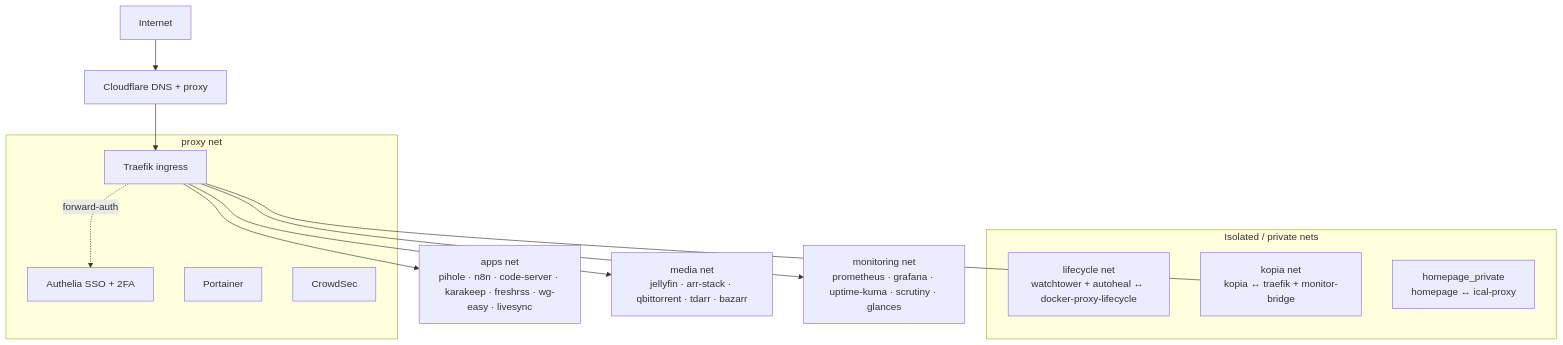
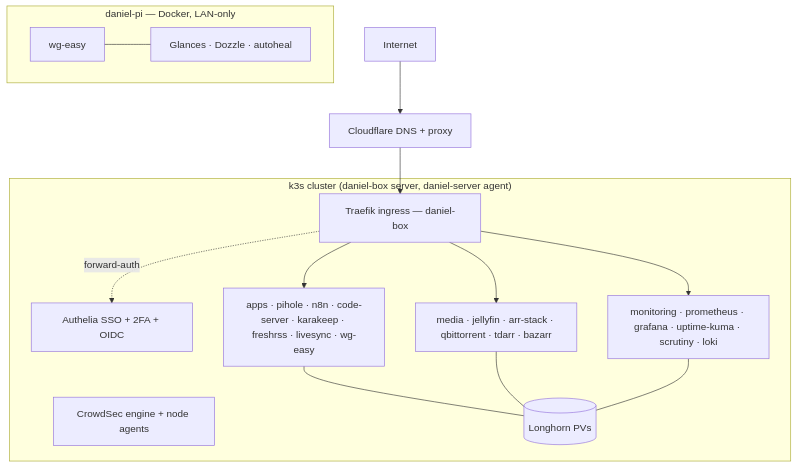
One commit to DanielH2018/server changed the diagram in README.md. Above: the diagram before and after it, drawn with Mermaid. The commit also changed other lines of this file and 15 other files, not shown here.

````diff
--- a/README.md
+++ b/README.md
@@ -48,24 +63,27 @@
 ```mermaid
 flowchart TD
     net[Internet] --> cf[Cloudflare DNS + proxy]
-    cf --> traefik[Traefik ingress]
-    traefik -. forward-auth .-> authelia[Authelia SSO + 2FA]
+    cf --> traefik[Traefik ingress — daniel-box]
+    traefik -. forward-auth .-> authelia[Authelia SSO + 2FA + OIDC]
 
-    subgraph proxy[proxy net]
+    subgraph cluster["k3s cluster (daniel-box server, daniel-server agent)"]
       traefik
       authelia
-      portainer[Portainer]
-      crowdsec[CrowdSec]
+      crowdsec[CrowdSec engine + node agents]
+      apps["apps · pihole · n8n · code-server · karakeep · freshrss · livesync · wg-easy"]
+      media["media · jellyfin · arr-stack · qbittorrent · tdarr · bazarr"]
+      monitoring["monitoring · prometheus · grafana · uptime-kuma · scrutiny · loki"]
+      longhorn[(Longhorn PVs)]
     end
 
-    traefik --> apps["apps net<br/>pihole · n8n · code-server · karakeep · freshrss · wg-easy · livesync"]
-    traefik --> media["media net<br/>jellyfin · arr-stack · qbittorrent · tdarr · bazarr"]
-    traefik --> monitoring["monitoring net<br/>prometheus · grafana · uptime-kuma · scrutiny · glances"]
+    traefik --> apps
+    traefik --> media
+    traefik --> monitoring
+    apps --- longhorn
+    media --- longhorn
+    monitoring --- longhorn
 
-    subgraph isolated["Isolated / private nets"]
-      lifecycle["lifecycle net<br/>watchtower + autoheal ↔ docker-proxy-lifecycle"]
-      kopia["kopia net<br/>kopia ↔ traefik + monitor-bridge"]
-      hp["homepage_private<br/>homepage ↔ ical-proxy"]
+    subgraph pi["daniel-pi — Docker, LAN-only"]
+      wg[wg-easy] --- glances[Glances · Dozzle · autoheal]
     end
-    traefik --- kopia
 ```
````
